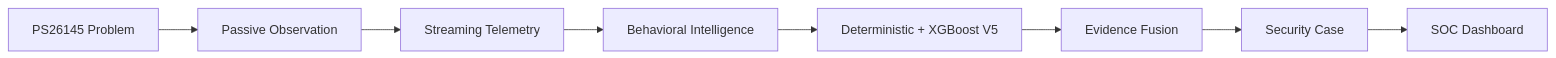
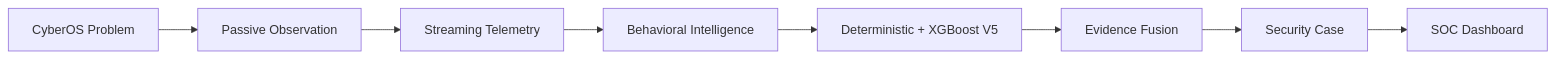
Before and after one commit to hotaro6754/CYBER-OS: the first of 18 diagrams in presentation/CyberOS_MASTER_ENGINEERING_VALIDATION_DOSSIER.md, drawn with Mermaid. The commit also changed other lines of this file and 19 other files, not shown here.

Commit message:
Final HackSprint 2.0 Release Candidate: CyberOS Evidence-Driven Architecture & UI Fixes

````diff
--- a/presentation/CyberOS_MASTER_ENGINEERING_VALIDATION_DOSSIER.md
+++ b/presentation/CyberOS_MASTER_ENGINEERING_VALIDATION_DOSSIER.md
@@ -9,10 +9,10 @@
 ```mermaid
 flowchart LR
-    A[PS26145 Problem] --> B[Passive Observation]
+    A[CyberOS Problem] --> B[Passive Observation]
     B --> C[Streaming Telemetry]
     C --> D[Behavioral Intelligence]
     D --> E[Deterministic + XGBoost V5]
     E --> F[Evidence Fusion]
     F --> G[Security Case]
     G --> H[SOC Dashboard]
 ```
````
